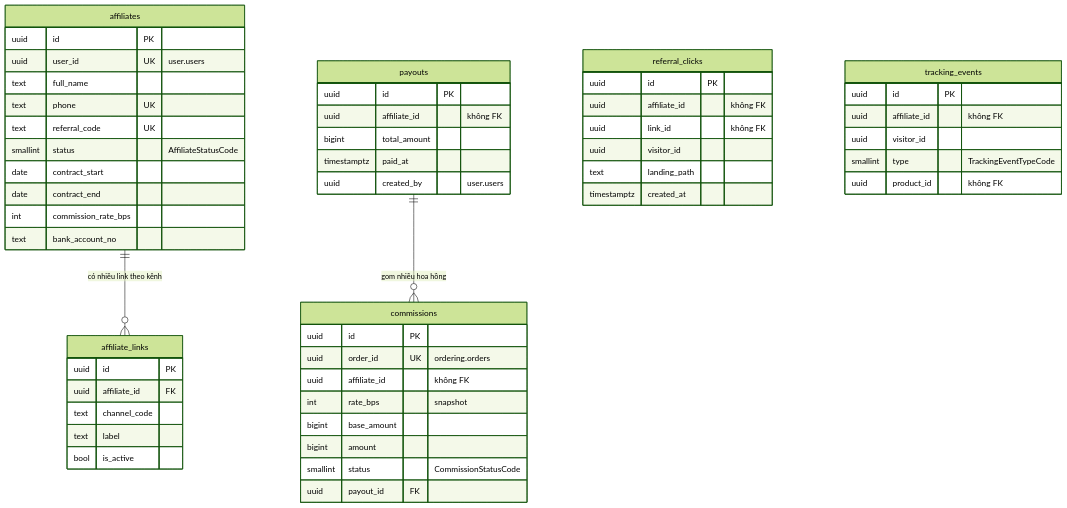
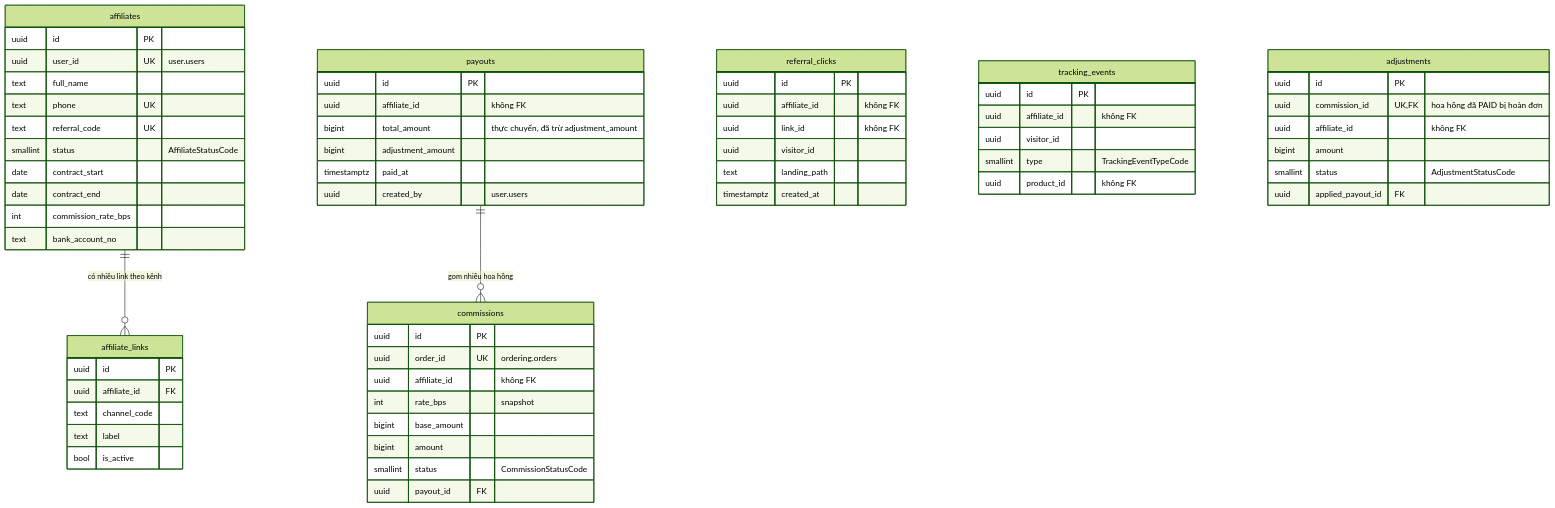
The second of 6 diagrams in BE/docs/database.md (Vietnguyen203/PhucViFood), drawn with Mermaid (forest theme) before and after one commit. The commit also changed other lines of this file and 21 other files, not shown here.

First line of the commit message:
Xử lý đơn hoàn sau khi hoa hồng đã chi trả bằng khoản trừ vào đợt chi sau

````diff
--- a/BE/docs/database.md
+++ b/BE/docs/database.md
@@ -58,57 +58,66 @@
 ```mermaid
 erDiagram
   affiliates ||--o{ affiliate_links : "có nhiều link theo kênh"
   payouts ||--o{ commissions : "gom nhiều hoa hồng"
 
   affiliates {
     uuid id PK
     uuid user_id UK "user.users"
     text full_name
     text phone UK
     text referral_code UK
     smallint status "AffiliateStatusCode"
     date contract_start
     date contract_end
     int commission_rate_bps
     text bank_account_no
   }
   affiliate_links {
     uuid id PK
     uuid affiliate_id FK
     text channel_code
     text label
     bool is_active
   }
   referral_clicks {
     uuid id PK
     uuid affiliate_id "không FK"
     uuid link_id "không FK"
     uuid visitor_id
     text landing_path
     timestamptz created_at
   }
   tracking_events {
     uuid id PK
     uuid affiliate_id "không FK"
     uuid visitor_id
     smallint type "TrackingEventTypeCode"
     uuid product_id "không FK"
   }
   commissions {
     uuid id PK
     uuid order_id UK "ordering.orders"
     uuid affiliate_id "không FK"
     int rate_bps "snapshot"
     bigint base_amount
     bigint amount
     smallint status "CommissionStatusCode"
     uuid payout_id FK
   }
+  adjustments {
+    uuid id PK
+    uuid commission_id UK,FK "hoa hồng đã PAID bị hoàn đơn"
+    uuid affiliate_id "không FK"
+    bigint amount
+    smallint status "AdjustmentStatusCode"
+    uuid applied_payout_id FK
+  }
   payouts {
     uuid id PK
     uuid affiliate_id "không FK"
-    bigint total_amount
+    bigint total_amount "thực chuyển, đã trừ adjustment_amount"
+    bigint adjustment_amount
     timestamptz paid_at
     uuid created_by "user.users"
   }
 ```
````
